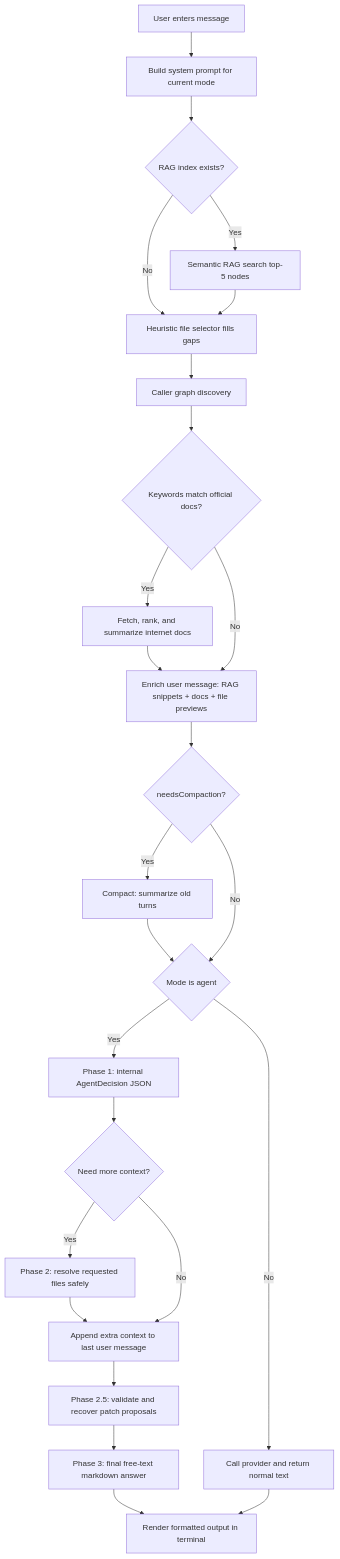
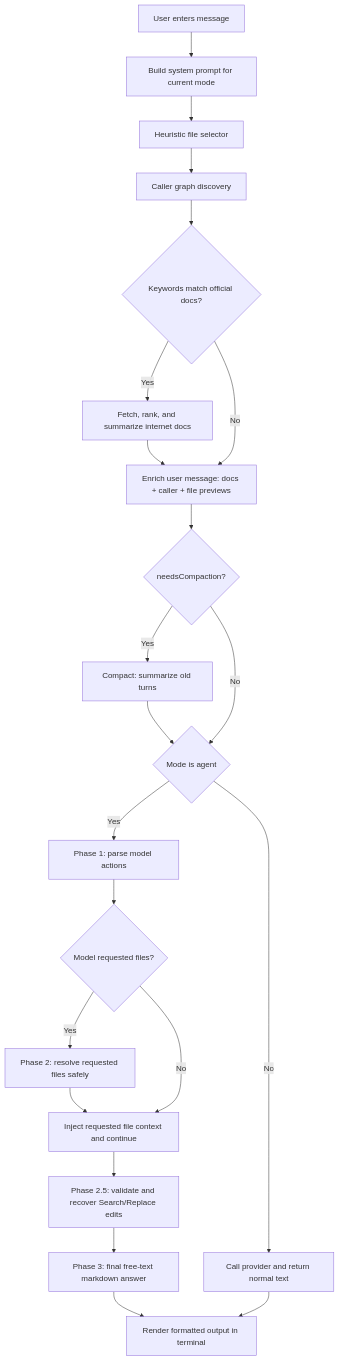
One commit to lucasaguilar/rei changed the first of 2 diagrams in README.md. Above: the diagram before and after it, drawn with Mermaid. The commit also changed other lines of this file and 16 other files, not shown here.

````diff
--- a/README.md
+++ b/README.md
@@ -592,29 +510,26 @@
 ```mermaid
 flowchart TD
   A[User enters message] --> B[Build system prompt for current mode]
-  B --> B1{RAG index exists?}
-  B1 -->|Yes| B2[Semantic RAG search top-5 nodes]
-  B1 -->|No| C
-  B2 --> C[Heuristic file selector fills gaps]
+  B --> C[Heuristic file selector]
   C --> CG[Caller graph discovery]
   CG --> C2{Keywords match official docs?}
   C2 -->|Yes| C3[Fetch, rank, and summarize internet docs]
-  C3 --> D[Enrich user message: RAG snippets + docs + file previews]
+  C3 --> D[Enrich user message: docs + caller + file previews]
   C2 -->|No| D
 
   D --> SC{needsCompaction?}
   SC -->|Yes| SC2[Compact: summarize old turns]
   SC2 --> E{Mode is agent}
   SC -->|No| E
 
   E -->|No| F[Call provider and return normal text]
-  E -->|Yes| G[Phase 1: internal AgentDecision JSON]
-  G --> H{Need more context?}
+  E -->|Yes| G[Phase 1: parse model actions]
+  G --> H{Model requested files?}
   H -->|Yes| I[Phase 2: resolve requested files safely]
-  I --> J[Append extra context to last user message]
+  I --> J[Inject requested file context and continue]
   H -->|No| J
-  J --> K[Phase 2.5: validate and recover patch proposals]
+  J --> K[Phase 2.5: validate and recover Search/Replace edits]
   K --> L[Phase 3: final free-text markdown answer]
   L --> M[Render formatted output in terminal]
   F --> M
 ```
````
